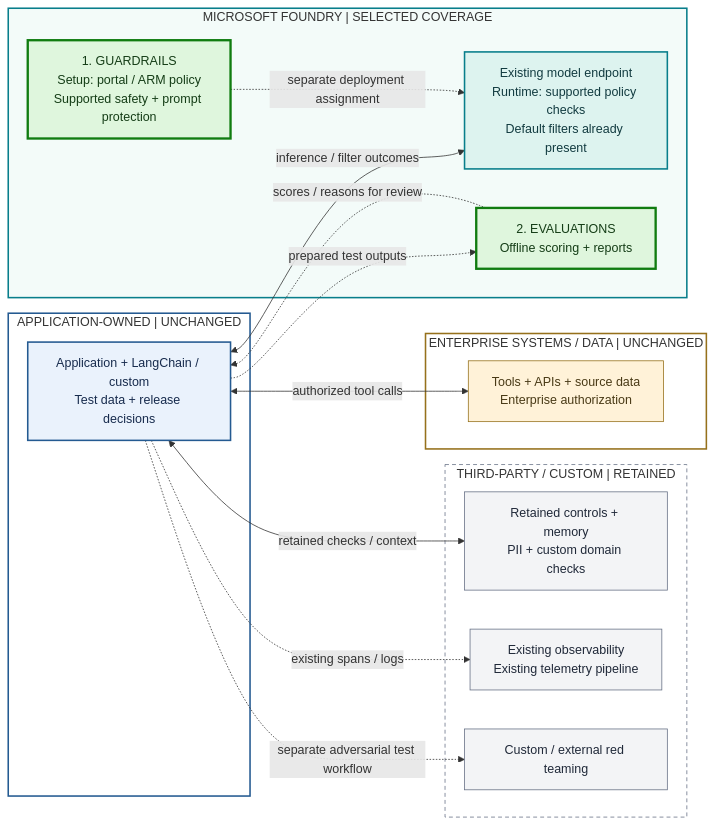
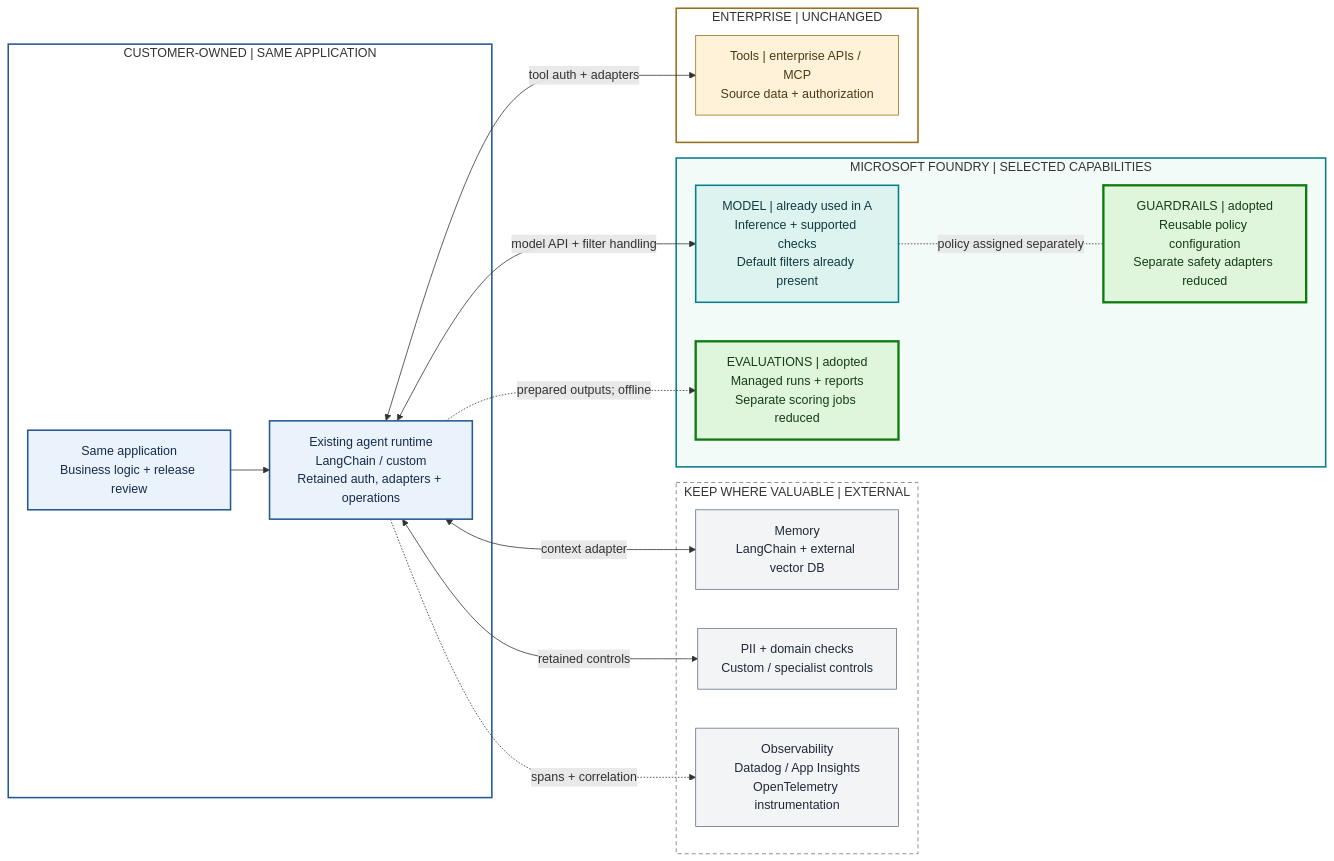
One commit to ZahraAsadiMSFT/foundry-beyond-models changed the first of 2 diagrams in docs/architecture/02-selective-foundry.md. Above: the diagram before and after it, drawn with Mermaid. The commit also changed other lines of this file and 4 other files, not shown here.

Commit message:
Strengthen architecture visuals and add overview image

````diff
--- a/docs/architecture/02-selective-foundry.md
+++ b/docs/architecture/02-selective-foundry.md
@@ -7,41 +16,42 @@
 ```mermaid
 flowchart LR
-    subgraph APP["APPLICATION-OWNED | UNCHANGED"]
-        App["Application + LangChain / custom<br/>Test data + release decisions"]
+    subgraph APP["CUSTOMER-OWNED | SAME APPLICATION"]
+        App["Same application<br/>Business logic + release review"]
+        Runtime["Existing agent runtime<br/>LangChain / custom<br/>Retained auth, adapters + operations"]
     end
-    subgraph EXT["THIRD-PARTY / CUSTOM | RETAINED"]
-        Data["Retained controls + memory<br/>PII + custom domain checks"]
-        Logs["Existing observability<br/>Existing telemetry pipeline"]
-        Red["Custom / external red teaming"]
+    subgraph EXT["KEEP WHERE VALUABLE | EXTERNAL"]
+        Data["Memory<br/>LangChain + external vector DB"]
+        Checks["PII + domain checks<br/>Custom / specialist controls"]
+        Logs["Observability<br/>Datadog / App Insights<br/>OpenTelemetry instrumentation"]
     end
-    subgraph FOUNDRY["MICROSOFT FOUNDRY | SELECTED COVERAGE"]
-        Model["Existing model endpoint<br/>Runtime: supported policy checks<br/>Default filters already present"]
-        Policy["1. GUARDRAILS<br/>Setup: portal / ARM policy<br/>Supported safety + prompt protection"]
-        Eval["2. EVALUATIONS<br/>Offline scoring + reports"]
+    subgraph FOUNDRY["MICROSOFT FOUNDRY | SELECTED CAPABILITIES"]
+        Model["MODEL | already used in A<br/>Inference + supported checks<br/>Default filters already present"]
+        Policy["GUARDRAILS | adopted<br/>Reusable policy configuration<br/>Separate safety adapters reduced"]
+        Eval["EVALUATIONS | adopted<br/>Managed runs + reports<br/>Separate scoring jobs reduced"]
     end
-    subgraph ENT["ENTERPRISE SYSTEMS / DATA | UNCHANGED"]
-        Tools["Tools + APIs + source data<br/>Enterprise authorization"]
+    subgraph ENT["ENTERPRISE | UNCHANGED"]
+        Tools["Tools | enterprise APIs / MCP<br/>Source data + authorization"]
     end
-    App <-->|"inference / filter outcomes"| Model
-    Policy -.->|"separate deployment assignment"| Model
-    App <-->|"retained checks / context"| Data
-    App <-->|"authorized tool calls"| Tools
-    App -.->|"prepared test outputs"| Eval
-    Eval -.->|"scores / reasons for review"| App
-    App -.->|"existing spans / logs"| Logs
-    App -.->|"separate adversarial test workflow"| Red
+    App --> Runtime
+    Runtime <-->|"model API + filter handling"| Model
+    Model -.-|"policy assigned separately"| Policy
+    Runtime -.->|"prepared outputs; offline"| Eval
+    Runtime <-->|"context adapter"| Data
+    Runtime <-->|"retained controls"| Checks
+    Runtime <-->|"tool auth + adapters"| Tools
+    Runtime -.->|"spans + correlation"| Logs
     classDef app fill:#EAF2FC,stroke:#245A91,color:#172B4D,stroke-width:2px
     classDef external fill:#F3F4F6,stroke:#667085,color:#202939
     classDef foundry fill:#DDF3EF,stroke:#087E8B,color:#123B40,stroke-width:2px
     classDef adopted fill:#DFF6DD,stroke:#107C10,color:#153D17,stroke-width:3px
     classDef enterprise fill:#FFF2D8,stroke:#96711C,color:#493A16
-    class App app
-    class Data,Logs,Red external
+    class App,Runtime app
+    class Data,Checks,Logs external
     class Model foundry
     class Policy,Eval adopted
     class Tools enterprise
     style APP fill:#FFFFFF,stroke:#245A91,stroke-width:2px
     style EXT fill:#FFFFFF,stroke:#667085,stroke-dasharray:5 4
     style FOUNDRY fill:#F3FBF9,stroke:#087E8B,stroke-width:2px
     style ENT fill:#FFFFFF,stroke:#96711C,stroke-width:2px
 ```
````
